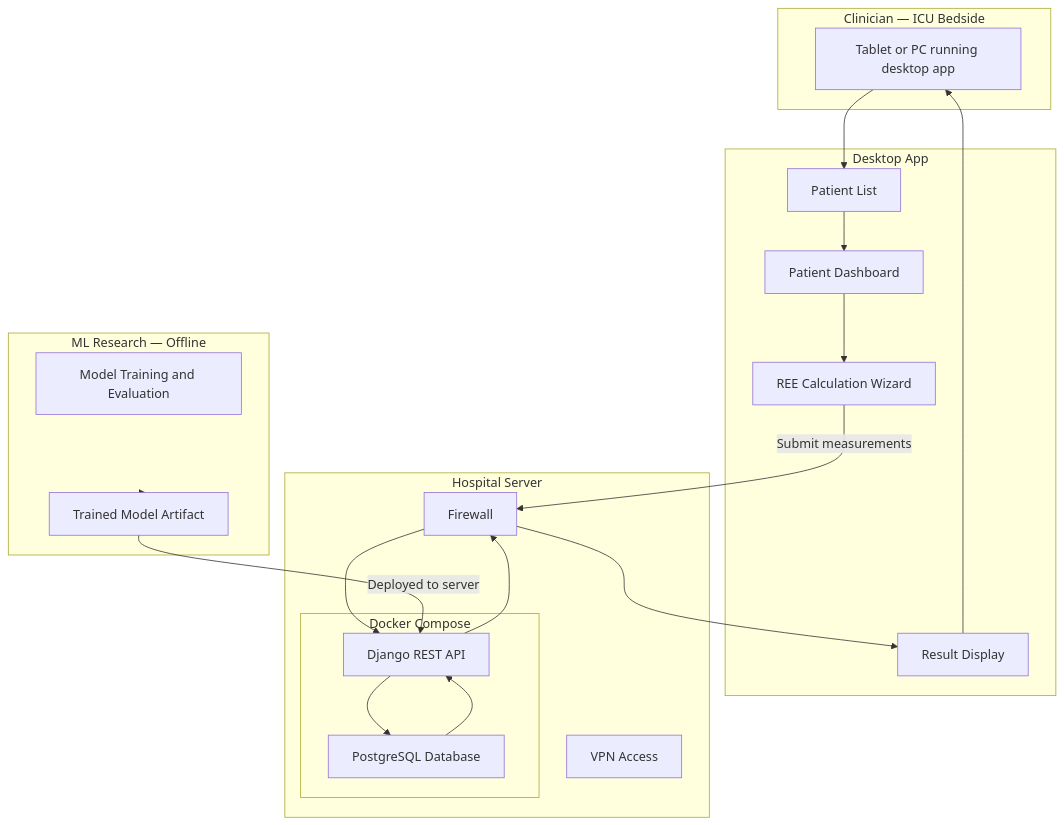
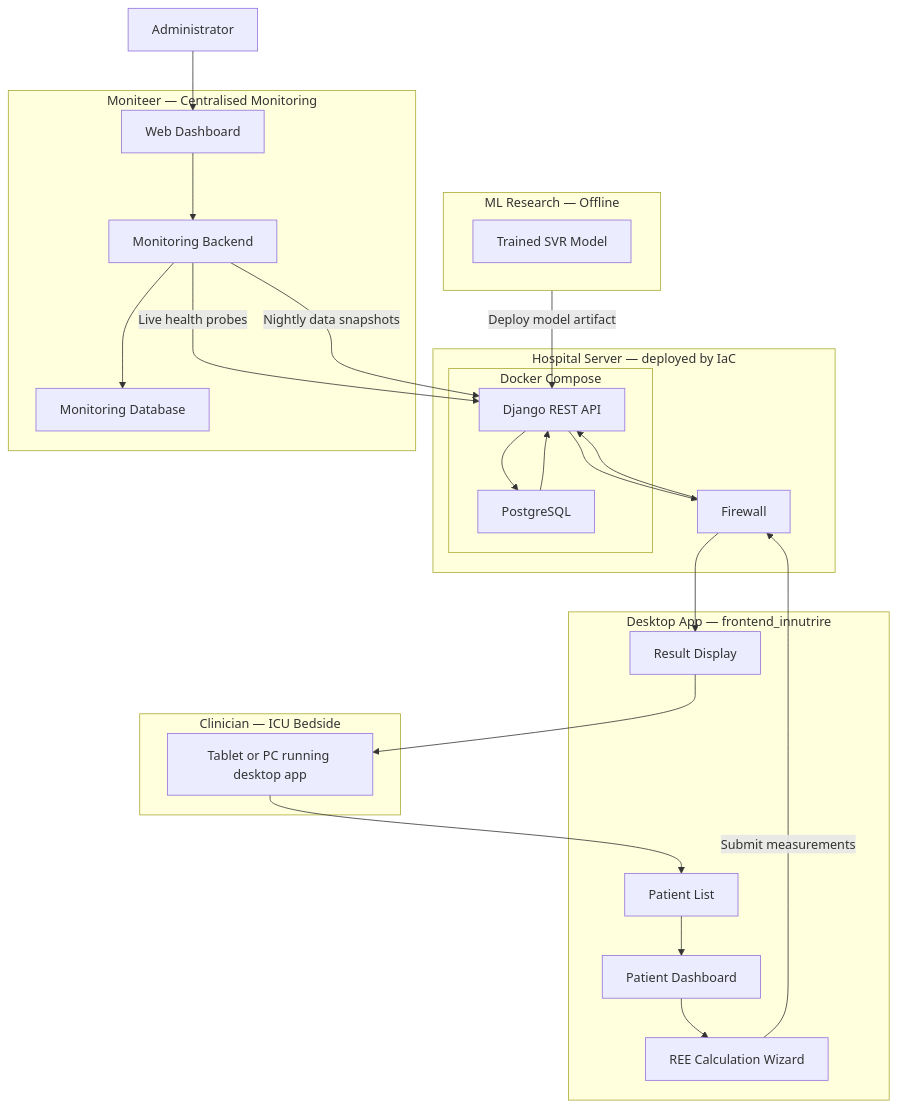
Before and after one commit to hakimnazry24/innutrire-system-diagrams: the first of 6 diagrams in 05-system-overview.md, drawn with Mermaid. The commit also changed other lines of this file and 3 other files, not shown here.

First line of the commit message:
feat: add moniteer diagrams and update system overview

````diff
--- a/05-system-overview.md
+++ b/05-system-overview.md
@@ -9,39 +9,48 @@
 ```mermaid
 flowchart TD
     subgraph CLINICIAN[Clinician — ICU Bedside]
         TAB[Tablet or PC running desktop app]
     end
 
-    subgraph APP[Desktop App]
+    subgraph APP[Desktop App — frontend_innutrire]
         LIST[Patient List]
         DASH[Patient Dashboard]
         WIZARD[REE Calculation Wizard]
         RESULT[Result Display]
     end
 
-    subgraph SERVER[Hospital Server]
+    subgraph HOSPITAL_SERVER[Hospital Server — deployed by IaC]
         FW[Firewall]
         subgraph CONTAINERS[Docker Compose]
             API[Django REST API]
-            DB[PostgreSQL Database]
+            DB[PostgreSQL]
         end
-        VPN[VPN Access]
+    end
+
+    subgraph MONITEER[Moniteer — Centralised Monitoring]
+        MDASH[Web Dashboard]
+        MBE[Monitoring Backend]
+        MDB[Monitoring Database]
     end
 
     subgraph ML[ML Research — Offline]
-        TRAIN[Model Training and Evaluation]
-        MODEL[Trained Model Artifact]
+        MODEL[Trained SVR Model]
     end
 
     TAB --> LIST --> DASH --> WIZARD
     WIZARD -->|Submit measurements| FW
     FW --> API
     API --> DB
     DB --> API
     API --> FW
     FW --> RESULT
     RESULT --> TAB
 
-    ML --> MODEL
-    MODEL -->|Deployed to server| API
+    ML -->|Deploy model artifact| API
+
+    ADMIN[Administrator] --> MDASH
+    MDASH --> MBE
+    MBE --> MDB
+    MBE -->|Live health probes| API
+    MBE -->|Nightly data snapshots| API
 ```
````
